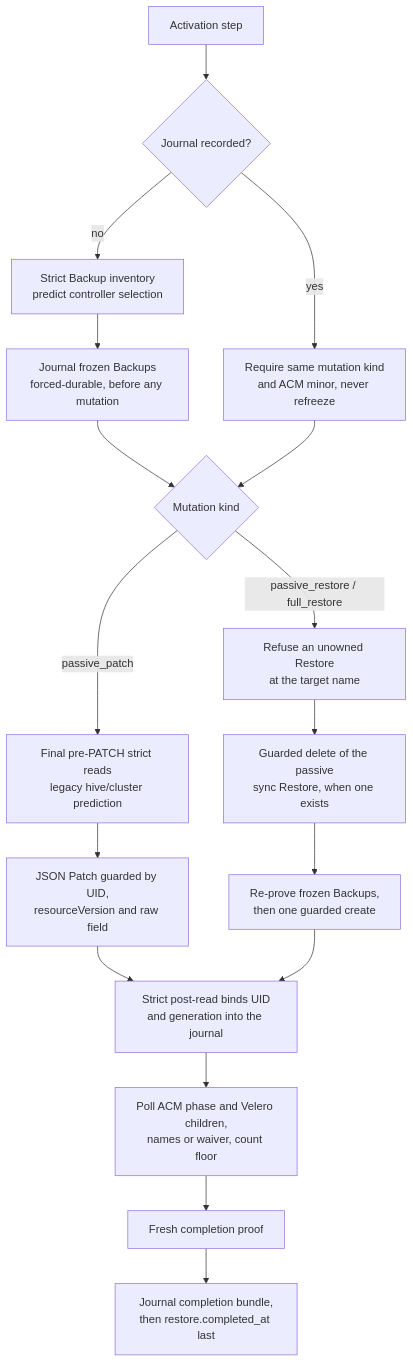
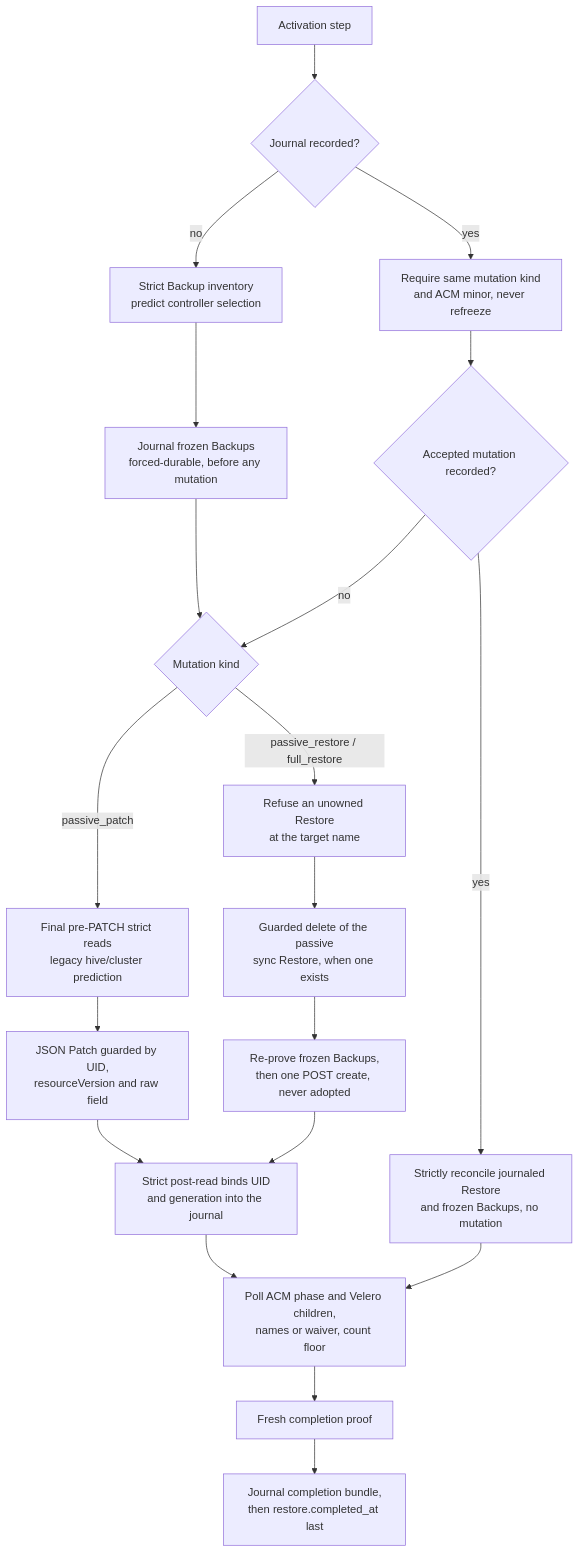
Before and after one commit to tomazb/rh-acm-switchover: the second of 4 diagrams in docs/development/architecture.md, drawn with Mermaid. The commit also changed other lines of this file and 8 other files, not shown here.

````diff
--- a/docs/development/architecture.md
+++ b/docs/development/architecture.md
@@ -398,19 +398,22 @@
 ```mermaid
 flowchart TD
     A[Activation step] --> B{Journal recorded?}
     B -->|no| C[Strict Backup inventory<br/>predict controller selection]
     C --> D[Journal frozen Backups<br/>forced-durable, before any mutation]
     B -->|yes| E[Require same mutation kind<br/>and ACM minor, never refreeze]
     D --> F{Mutation kind}
-    E --> F
+    E --> P{Accepted mutation recorded?}
+    P -->|no| F
+    P -->|yes| Q[Strictly reconcile journaled Restore<br/>and frozen Backups, no mutation]
+    Q --> M
     F -->|passive_patch| G[Final pre-PATCH strict reads<br/>legacy hive/cluster prediction]
     G --> H[JSON Patch guarded by UID,<br/>resourceVersion and raw field]
     F -->|passive_restore / full_restore| I[Refuse an unowned Restore<br/>at the target name]
     I --> J[Guarded delete of the passive<br/>sync Restore, when one exists]
-    J --> K[Re-prove frozen Backups,<br/>then one guarded create]
+    J --> K[Re-prove frozen Backups,<br/>then one POST create, never adopted]
     H --> L[Strict post-read binds UID<br/>and generation into the journal]
     K --> L
     L --> M[Poll ACM phase and Velero children,<br/>names or waiver, count floor]
     M --> N[Fresh completion proof]
     N --> O[Journal completion bundle,<br/>then restore.completed_at last]
 ```
````
